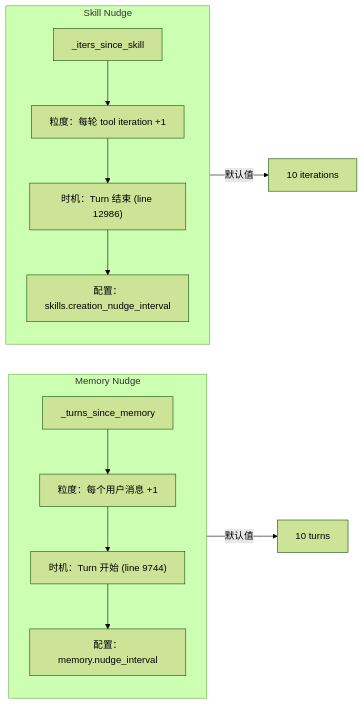
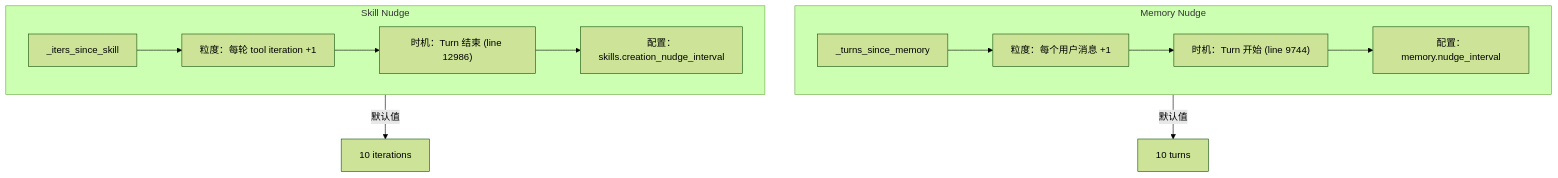
One commit to zkl2333/blog changed the second of 7 diagrams in src/content/post/2016.md. Above: the diagram before and after it, drawn with Mermaid (forest theme). The commit also changed other lines of this file, not shown here.

Commit message:
fix: 流程图 orientation 改为纵向 (LR → TD)

````diff
--- a/src/content/post/2016.md
+++ b/src/content/post/2016.md
@@ -51,17 +51,17 @@
 ```mermaid
-flowchart LR
+flowchart TD
     subgraph Memory ["Memory Nudge"]
         M1["_turns_since_memory"] --> M2["粒度：每个用户消息 +1"]
         M2 --> M3["时机：Turn 开始 (line 9744)"]
         M3 --> M4["配置：memory.nudge_interval"]
     end
     
     subgraph Skill ["Skill Nudge"]
         S1["_iters_since_skill"] --> S2["粒度：每轮 tool iteration +1"]
         S2 --> S3["时机：Turn 结束 (line 12986)"]
         S3 --> S4["配置：skills.creation_nudge_interval"]
     end
     
     Memory -->|默认值| D1["10 turns"]
     Skill -->|默认值| D2["10 iterations"]
 ```
````
